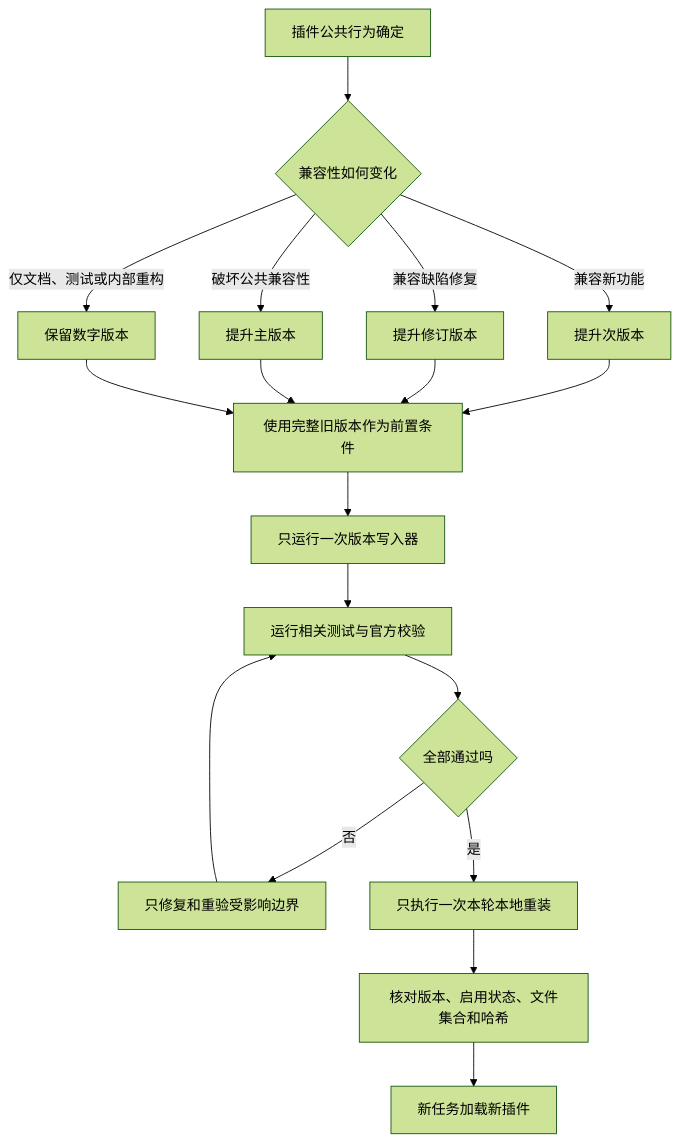
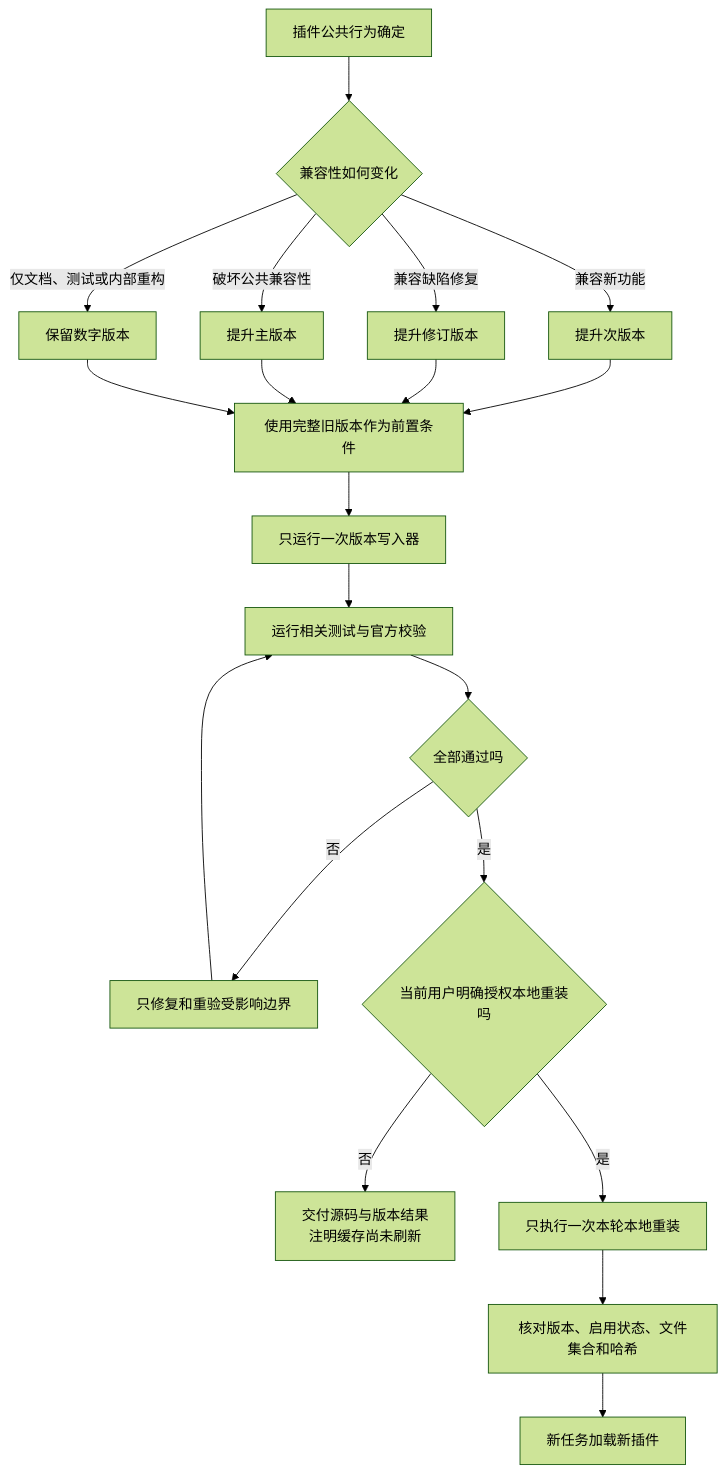
Diagram 13 of 13 in skills/lean-stack/references/flowcharts-zh.md (Lang45/codex-lean-stack), drawn with Mermaid (forest theme) before and after one commit. The commit also changed other lines of this file and 20 other files, not shown here.

````diff
--- a/skills/lean-stack/references/flowcharts-zh.md
+++ b/skills/lean-stack/references/flowcharts-zh.md
@@ -646,20 +649,22 @@
 ```mermaid
 flowchart TD
     A[插件公共行为确定] --> B{兼容性如何变化}
     B -->|兼容新功能| C[提升次版本]
     B -->|兼容缺陷修复| D[提升修订版本]
     B -->|破坏公共兼容性| E[提升主版本]
     B -->|仅文档、测试或内部重构| F[保留数字版本]
     C --> G[使用完整旧版本作为前置条件]
     D --> G
     E --> G
     F --> G
     G --> H[只运行一次版本写入器]
     H --> I[运行相关测试与官方校验]
     I --> J{全部通过吗}
     J -->|否| K[只修复和重验受影响边界]
     K --> I
-    J -->|是| L[只执行一次本轮本地重装]
+    J -->|是| L0{当前用户明确授权本地重装吗}
+    L0 -->|否| L1[交付源码与版本结果<br/>注明缓存尚未刷新]
+    L0 -->|是| L[只执行一次本轮本地重装]
     L --> M[核对版本、启用状态、文件集合和哈希]
     M --> N[新任务加载新插件]
 ```
````
